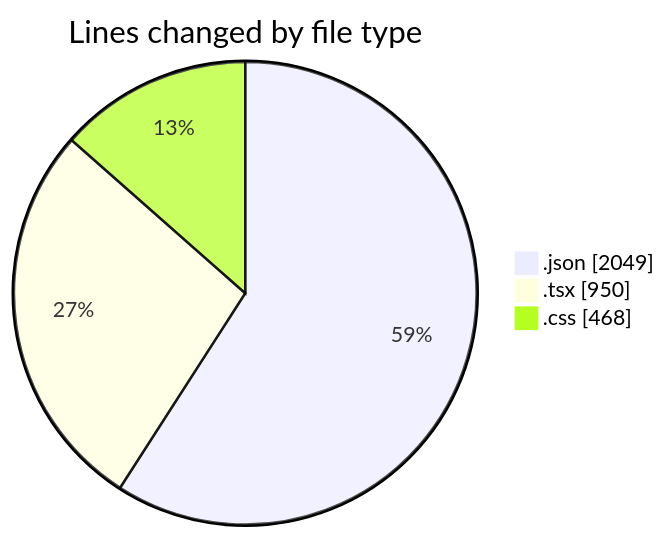
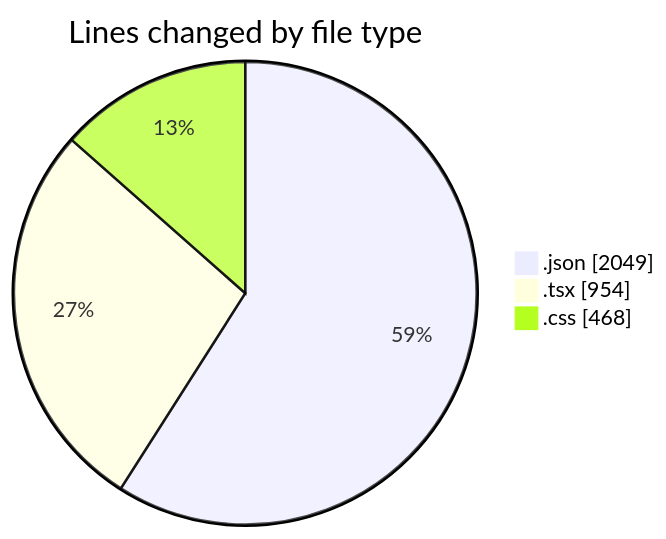
One commit to EIIisD/code-tracking changed the first of 2 diagrams in 2025-08-14/ribbon/README.md. Above: the diagram before and after it, drawn with Mermaid. The commit also changed other lines of this file and 1 other file, not shown here.

````diff
--- a/2025-08-14/ribbon/README.md
+++ b/2025-08-14/ribbon/README.md
@@ -27,7 +27,7 @@
 ```mermaid
 pie showData
 title Lines changed by file type
 ".json" : 2049
-".tsx" : 950
+".tsx" : 954
 ".css" : 468
 ```
````
